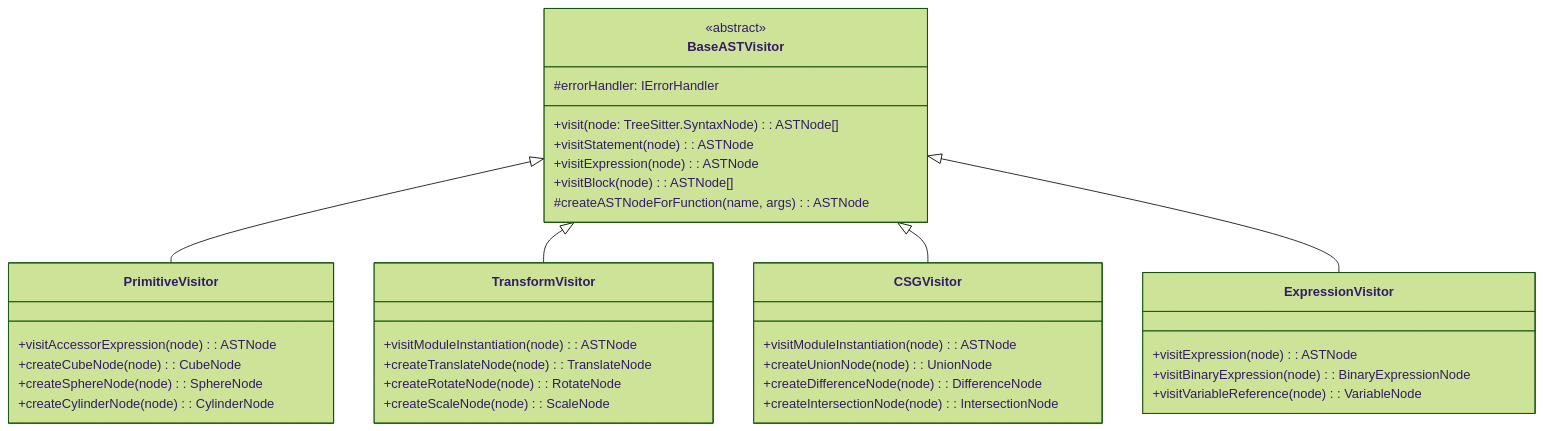
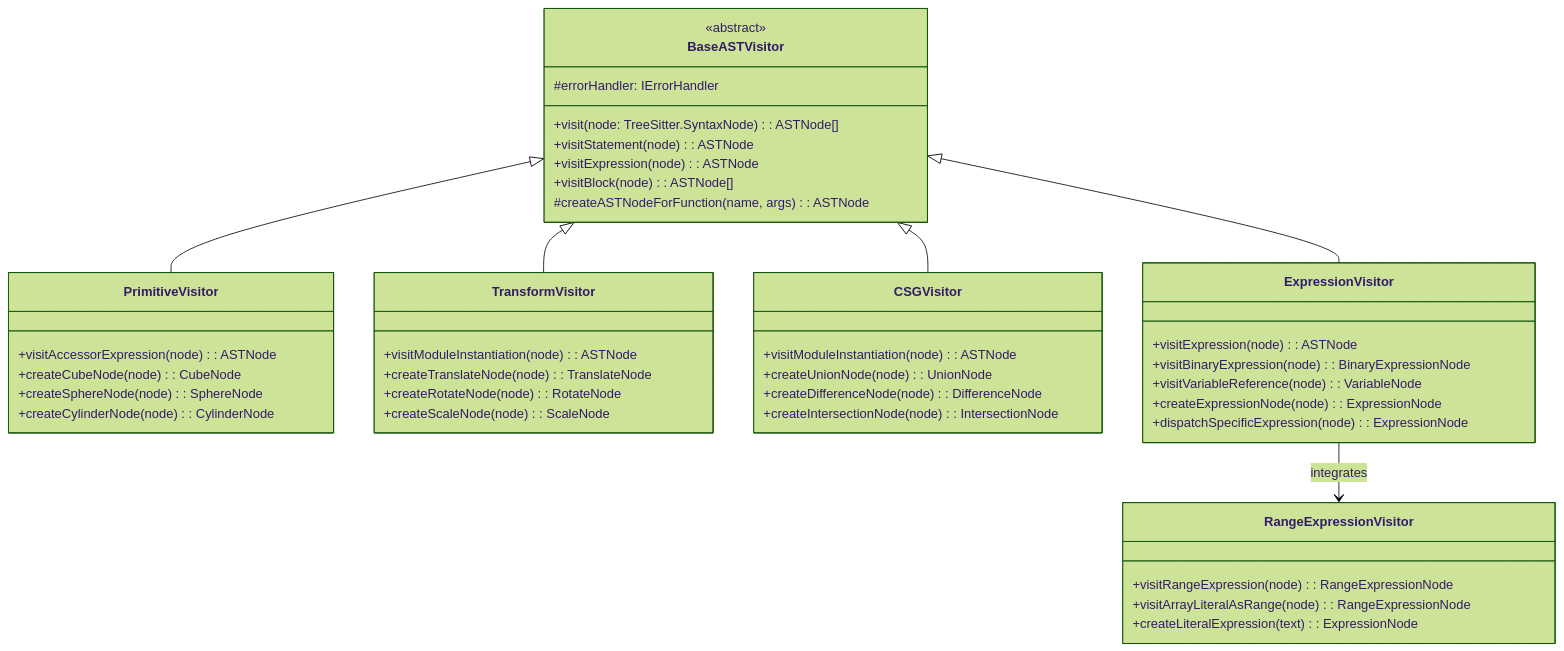
One commit to holistic-stack/openscad-tree-sitter changed the third of 13 diagrams in packages/openscad-parser/docs/architecture.md. Above: the diagram before and after it, drawn with Mermaid (forest theme). The commit also changed other lines of this file and 19 other files, not shown here.

Commit message:
feat: implement core expression visitor with AST node type support

````diff
--- a/packages/openscad-parser/docs/architecture.md
+++ b/packages/openscad-parser/docs/architecture.md
@@ -79,44 +80,53 @@
 ```mermaid
 classDiagram
     class BaseASTVisitor {
         <<abstract>>
         #errorHandler: IErrorHandler
         +visit(node: TreeSitter.SyntaxNode): ASTNode[]
         +visitStatement(node): ASTNode
         +visitExpression(node): ASTNode
         +visitBlock(node): ASTNode[]
         #createASTNodeForFunction(name, args): ASTNode
     }
     
     class PrimitiveVisitor {
         +visitAccessorExpression(node): ASTNode
         +createCubeNode(node): CubeNode
         +createSphereNode(node): SphereNode
         +createCylinderNode(node): CylinderNode
     }
     
     class TransformVisitor {
         +visitModuleInstantiation(node): ASTNode
         +createTranslateNode(node): TranslateNode
         +createRotateNode(node): RotateNode
         +createScaleNode(node): ScaleNode
     }
     
     class CSGVisitor {
         +visitModuleInstantiation(node): ASTNode
         +createUnionNode(node): UnionNode
         +createDifferenceNode(node): DifferenceNode
         +createIntersectionNode(node): IntersectionNode
     }
     
     class ExpressionVisitor {
         +visitExpression(node): ASTNode
         +visitBinaryExpression(node): BinaryExpressionNode
         +visitVariableReference(node): VariableNode
+        +createExpressionNode(node): ExpressionNode
+        +dispatchSpecificExpression(node): ExpressionNode
+    }
+
+    class RangeExpressionVisitor {
+        +visitRangeExpression(node): RangeExpressionNode
+        +visitArrayLiteralAsRange(node): RangeExpressionNode
+        +createLiteralExpression(text): ExpressionNode
     }
     
     BaseASTVisitor <|-- PrimitiveVisitor
     BaseASTVisitor <|-- TransformVisitor
     BaseASTVisitor <|-- CSGVisitor
     BaseASTVisitor <|-- ExpressionVisitor
+    ExpressionVisitor --> RangeExpressionVisitor : integrates
 ```
````
